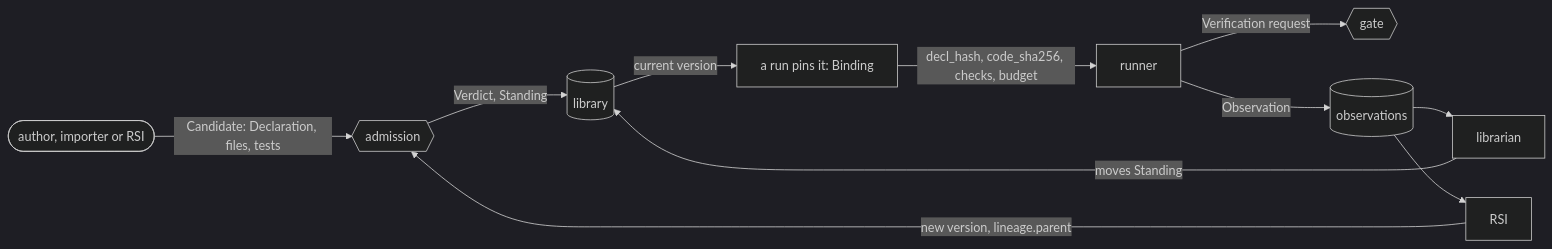
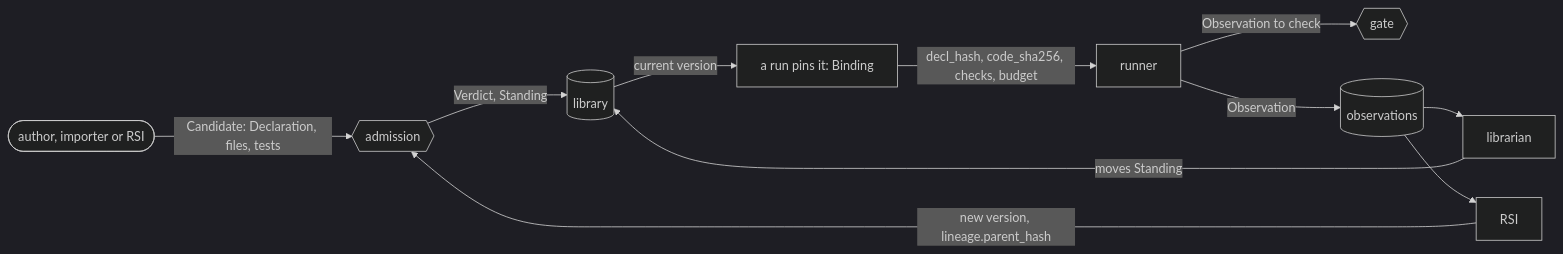
Before and after one commit to Stellven/jiuwenswarm: the diagram in docs/architecture/capsule/capsule.md, drawn with Mermaid (dark theme). The commit also changed other lines of this file and 4 other files, not shown here.

Commit message:
Update Capability Capsule docs to match schema review

````diff
--- a/docs/architecture/capsule/capsule.md
+++ b/docs/architecture/capsule/capsule.md
@@ -59,13 +59,13 @@
 ```mermaid
 flowchart LR
     AU([author, importer or RSI]) -->|Candidate: Declaration, files, tests| ADM{{admission}}
     ADM -->|Verdict, Standing| LIB[(library)]
     LIB -->|current version| BND[a run pins it: Binding]
     BND -->|decl_hash, code_sha256, checks, budget| RU[runner]
-    RU -->|Verification request| GT{{gate}}
+    RU -->|Observation to check| GT{{gate}}
     RU -->|Observation| OBS[(observations)]
     OBS --> LBR[librarian]
     LBR -->|moves Standing| LIB
     OBS --> RSI[RSI]
-    RSI -->|new version, lineage.parent| ADM
+    RSI -->|new version, lineage.parent_hash| ADM
 ```
````
